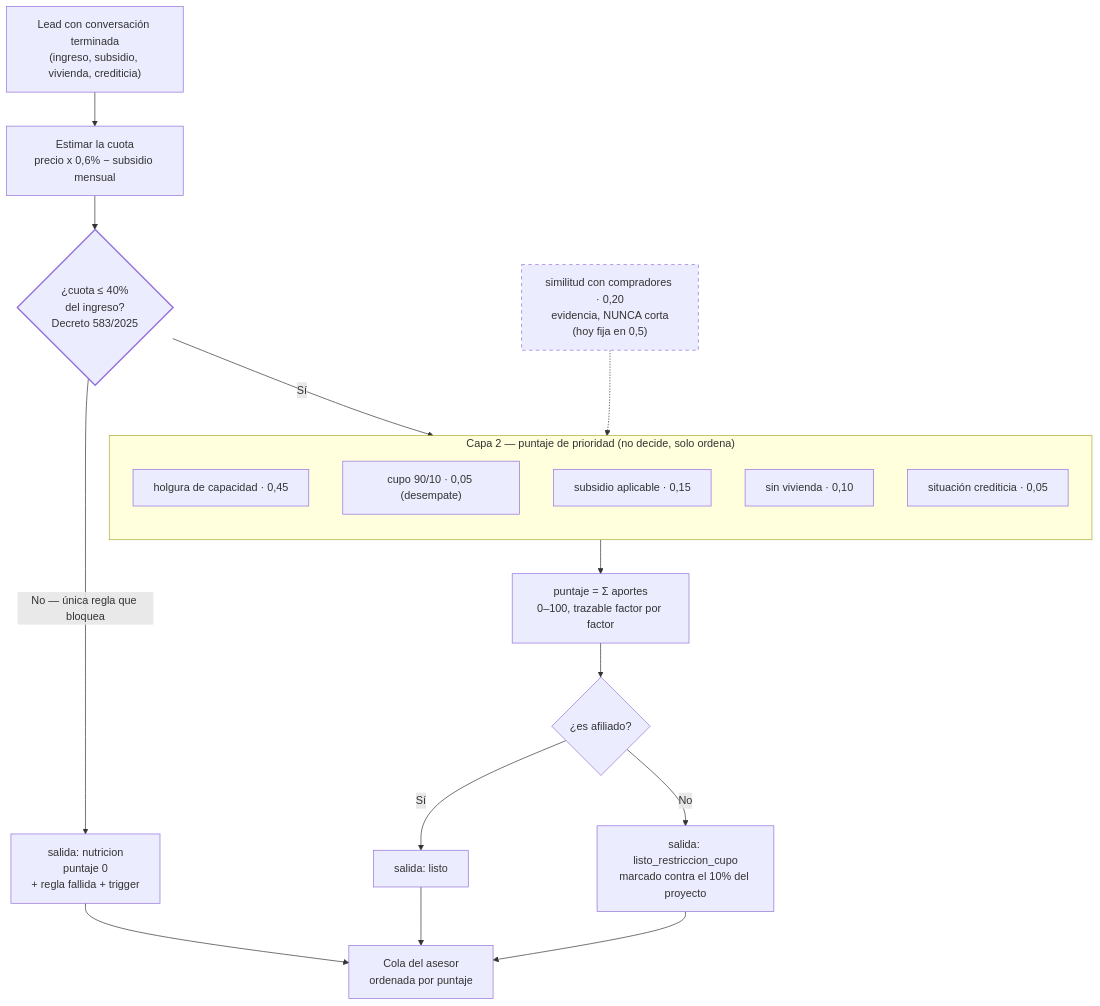
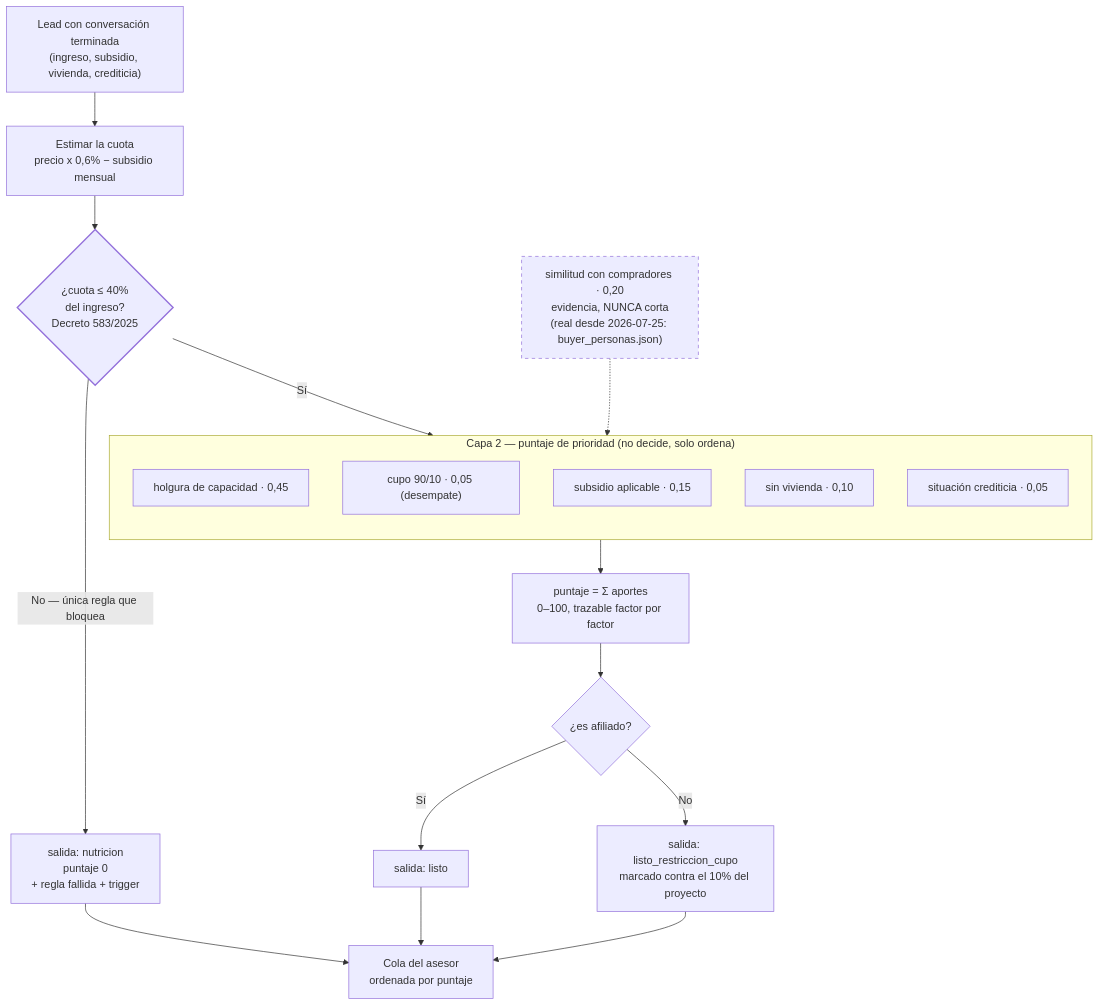
One commit to hackathon-30x-colsubsidio/mvp-reto-vivienda changed the diagram in docs/specs/03-scoring.md. Above: the diagram before and after it, drawn with Mermaid. The commit also changed other lines of this file and 27 other files, not shown here.

First line of the commit message:
feat: zona estricta + similitud real con compradores (ticket 016) + ranking multi-factor

````diff
--- a/docs/specs/03-scoring.md
+++ b/docs/specs/03-scoring.md
@@ -123,38 +123,38 @@
 ```mermaid
 flowchart TD
     LEAD["Lead con conversación terminada<br/>(ingreso, subsidio, vivienda, crediticia)"] --> CUOTA
 
     CUOTA["Estimar la cuota<br/>precio x 0,6% − subsidio mensual"] --> GATE
 
     GATE{"¿cuota ≤ 40%<br/>del ingreso?<br/>Decreto 583/2025"}
 
     GATE -->|"No — única regla que bloquea"| NUTRI["salida: nutricion<br/>puntaje 0<br/>+ regla fallida + trigger"]
 
     GATE -->|"Sí"| PESO
 
     subgraph PESO["Capa 2 — puntaje de prioridad (no decide, solo ordena)"]
         direction TB
         F2["holgura de capacidad · 0,45"]
         F3["cupo 90/10 · 0,05 (desempate)"]
         F5["subsidio aplicable · 0,15"]
         F6["sin vivienda · 0,10"]
         F7["situación crediticia · 0,05"]
     end
 
-    SIM["similitud con compradores · 0,20<br/>evidencia, NUNCA corta<br/>(hoy fija en 0,5)"] -.-> PESO
+    SIM["similitud con compradores · 0,20<br/>evidencia, NUNCA corta<br/>(real desde 2026-07-25: buyer_personas.json)"] -.-> PESO
 
     PESO --> SUMA["puntaje = Σ aportes<br/>0–100, trazable factor por factor"]
 
     SUMA --> AFIL{"¿es afiliado?"}
     AFIL -->|"Sí"| LISTO["salida: listo"]
     AFIL -->|"No"| CUPO["salida: listo_restriccion_cupo<br/>marcado contra el 10% del proyecto"]
 
     LISTO --> COLA["Cola del asesor<br/>ordenada por puntaje"]
     CUPO --> COLA
     NUTRI --> COLA
 
     classDef bloquea stroke-width:2px
     classDef propuesta stroke-dasharray: 5 5
     class GATE bloquea
     class SIM propuesta
 ```
````
